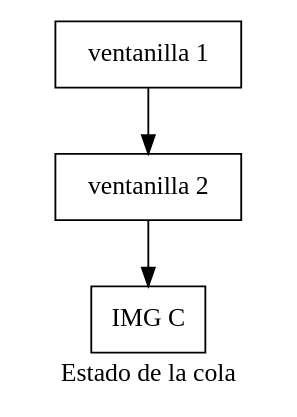
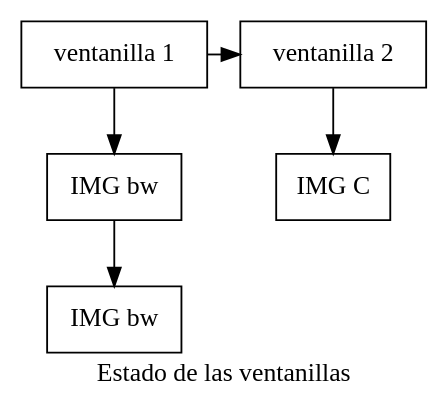
The diagram in [EDD]PROYECTO_FASE1_201900716/Proyecto1_Edd/ventanilla.dot (Kelly901/EDD_PROYECTO_FASE1_201900716), drawn with Graphviz before and after one commit. The commit also changed 43 other files, not shown here.

```diff
--- a/[EDD]PROYECTO_FASE1_201900716/Proyecto1_Edd/ventanilla.dot
+++ b/[EDD]PROYECTO_FASE1_201900716/Proyecto1_Edd/ventanilla.dot
@@ -1,12 +1,16 @@
 digraph G{
-label="Estado de la cola";
+label="Estado de las ventanillas";
 node[shape=box];
-nV1627674070[label="ventanilla 1"];
-nV1360875712[label="ventanilla 2"];
-nP1725154839[label="IMG C"];
+nV895328852[label="ventanilla 1"];
+nP225534817[label="IMG bw"];
+nP1878246837[label="IMG bw"];
+nV1304836502[label="ventanilla 2"];
+nP929338653[label="IMG C"];
 
-nV1627674070->nV1360875712;
-nV1360875712->nP1725154839;
+nV895328852->nV1304836502;
+nV895328852->nP225534817;
+nP225534817->nP1878246837;
+nV1304836502->nP929338653;
 
-
+{rank=same;nV895328852;nV1304836502;}
 }
```
